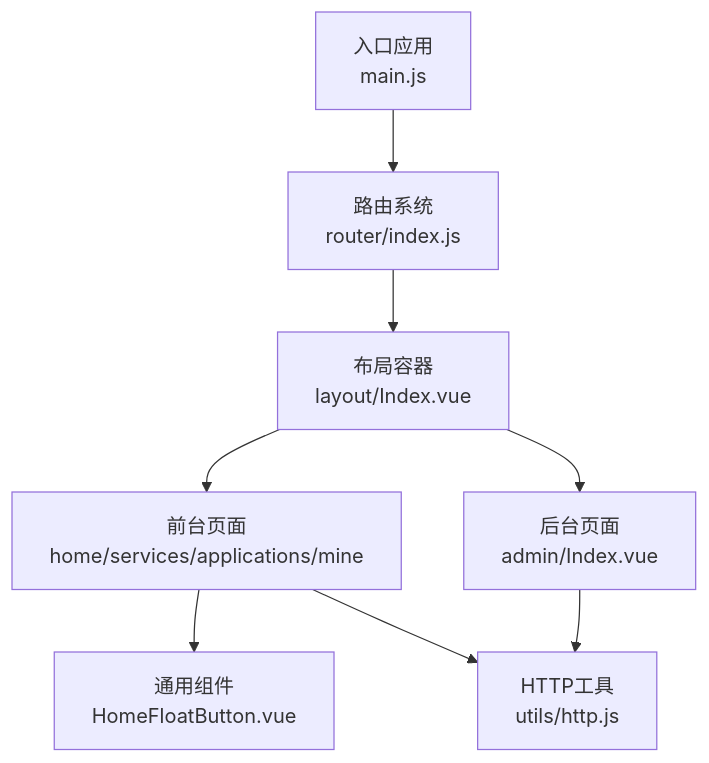
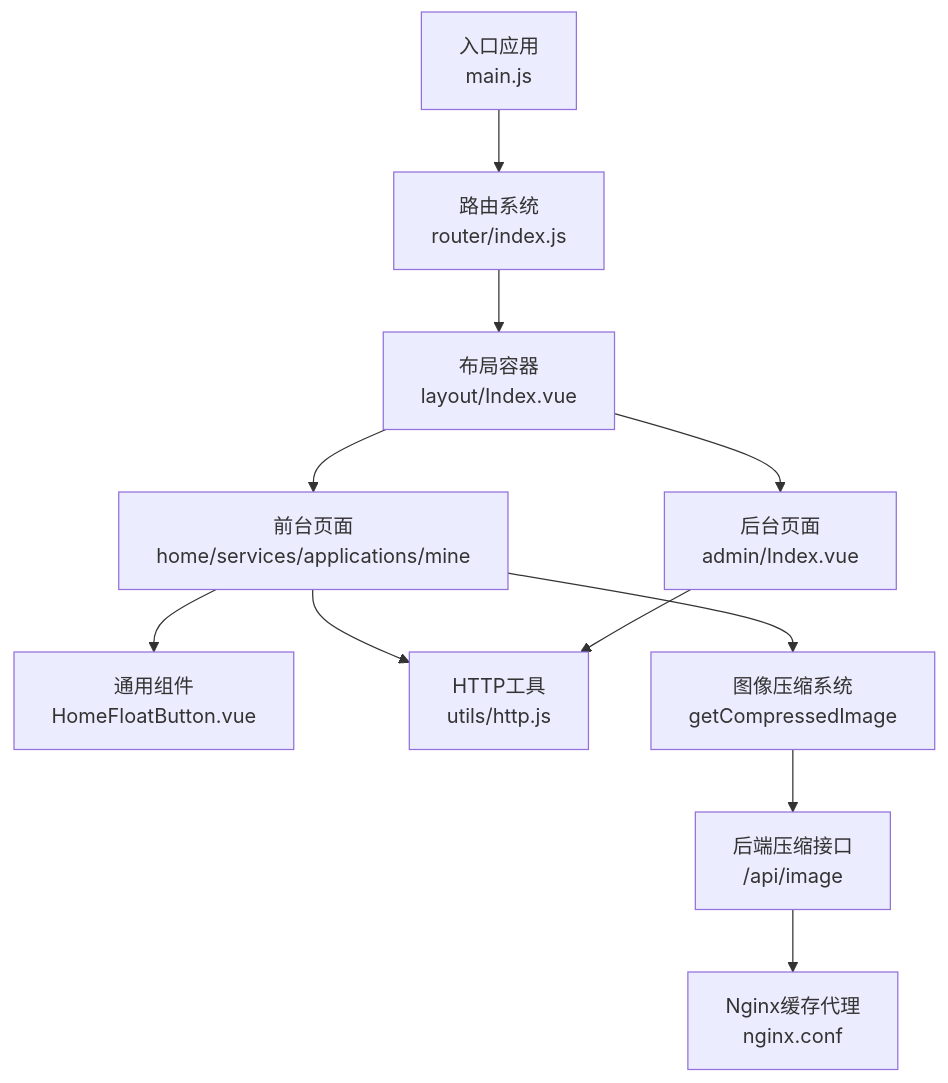
Before and after one commit to Giraffe-Han/microAPP: the second of 8 diagrams in .qoder/repowiki/zh/content/前端应用架构/页面视图设计.md, drawn with Mermaid. The commit also changed other lines of this file and 6 other files, not shown here.

````diff
--- a/.qoder/repowiki/zh/content/前端应用架构/页面视图设计.md
+++ b/.qoder/repowiki/zh/content/前端应用架构/页面视图设计.md
@@ -127,10 +164,13 @@
 ```mermaid
 graph TB
 A["入口应用<br/>main.js"] --> B["路由系统<br/>router/index.js"]
 B --> C["布局容器<br/>layout/Index.vue"]
 C --> D["前台页面<br/>home/services/applications/mine"]
 C --> E["后台页面<br/>admin/Index.vue"]
 D --> F["通用组件<br/>HomeFloatButton.vue"]
 D --> G["HTTP工具<br/>utils/http.js"]
 E --> G
+D --> H["图像压缩系统<br/>getCompressedImage"]
+H --> I["后端压缩接口<br/>/api/image"]
+I --> J["Nginx缓存代理<br/>nginx.conf"]
 ```
````
